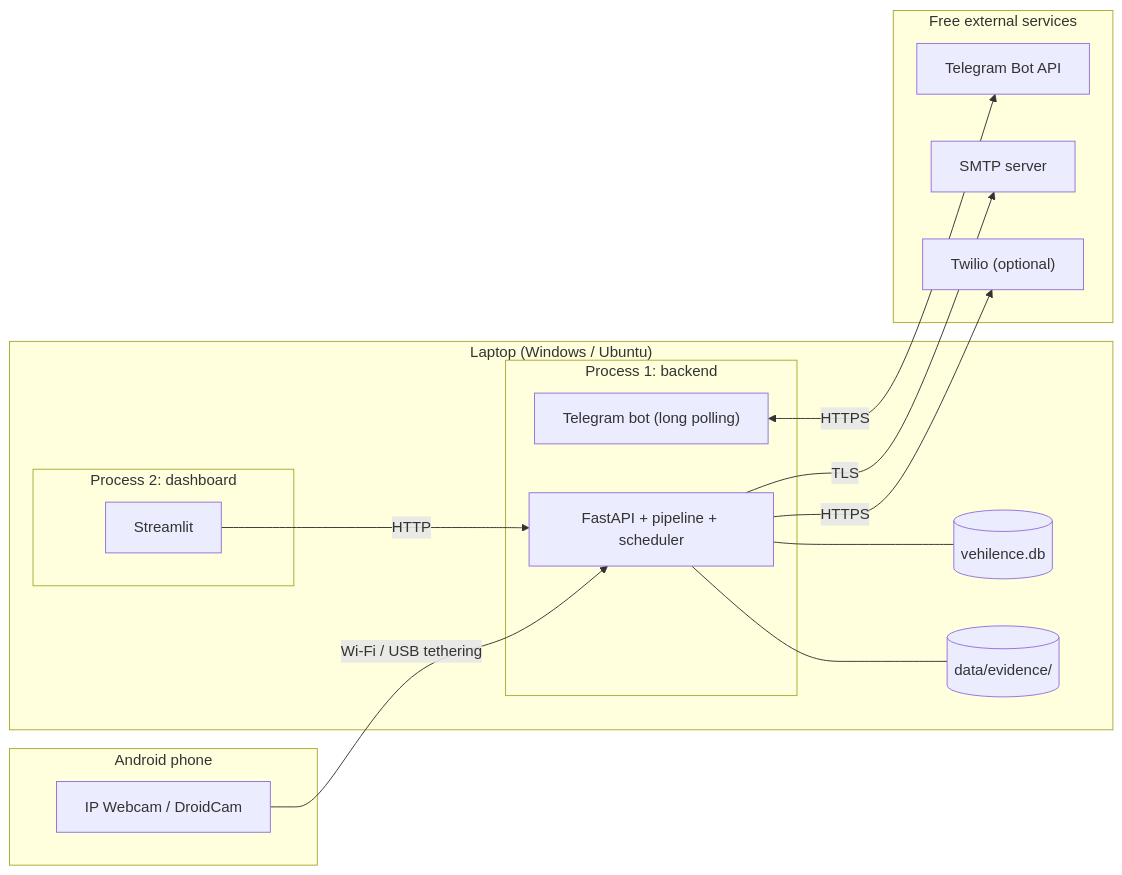
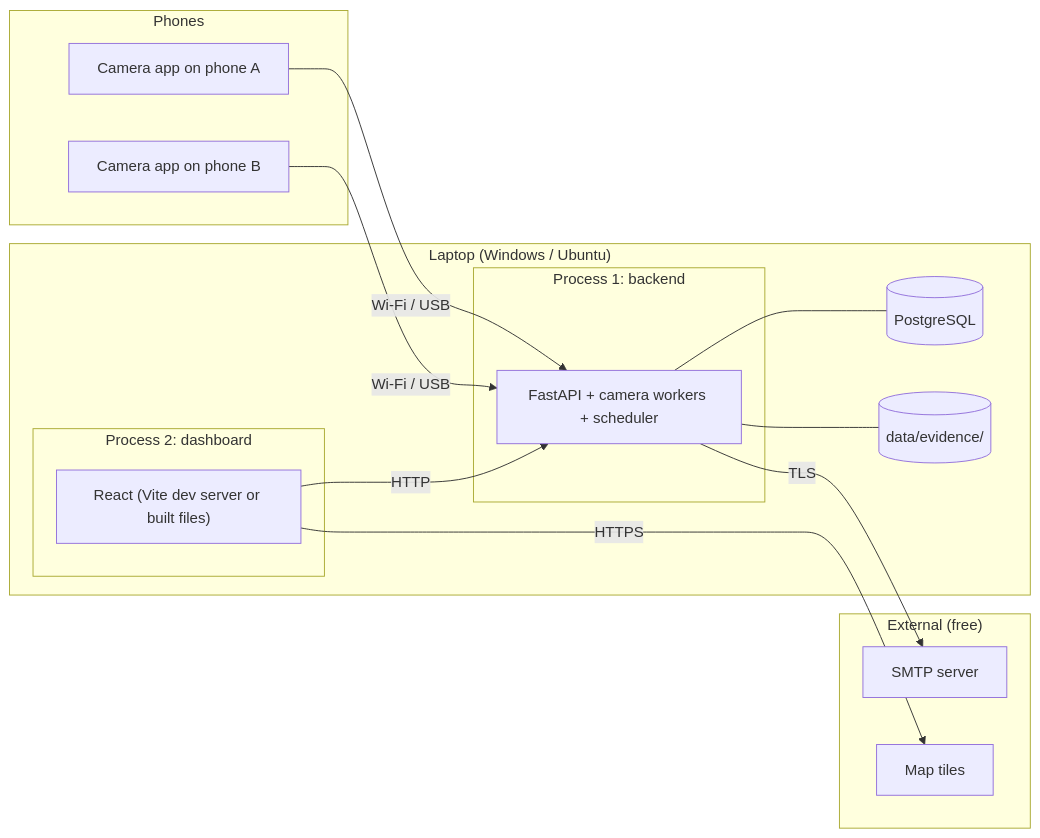
One commit to Vini07Dsouza/vehiGuard changed the ninth of 9 diagrams in docs/architecture.md. Above: the diagram before and after it, drawn with Mermaid. The commit also changed other lines of this file and 6 other files, not shown here.

````diff
--- a/docs/architecture.md
+++ b/docs/architecture.md
@@ -574,30 +556,29 @@
 ```mermaid
 flowchart LR
-  subgraph Phone["Android phone"]
-    CAM["IP Webcam / DroidCam"]
+  subgraph Phones["Phones"]
+    CAM1["Camera app on phone A"]
+    CAM2["Camera app on phone B"]
   end
   subgraph Laptop["Laptop (Windows / Ubuntu)"]
     subgraph Proc1["Process 1: backend"]
-      API["FastAPI + pipeline + scheduler"]
-      BOT["Telegram bot (long polling)"]
+      API["FastAPI + camera workers + scheduler"]
     end
     subgraph Proc2["Process 2: dashboard"]
-      ST["Streamlit"]
+      RD["React (Vite dev server or built files)"]
     end
-    DBF[("vehilence.db")]
+    PG[("PostgreSQL")]
     EVF[("data/evidence/")]
   end
-  subgraph Cloud["Free external services"]
-    TGAPI["Telegram Bot API"]
+  subgraph Ext["External (free)"]
     SMTP["SMTP server"]
-    TW["Twilio (optional)"]
+    TILES["Map tiles"]
   end
 
-  CAM -->|"Wi-Fi / USB tethering"| API
-  ST -->|"HTTP"| API
-  API --- DBF
+  CAM1 -->|"Wi-Fi / USB"| API
+  CAM2 -->|"Wi-Fi / USB"| API
+  RD -->|"HTTP"| API
+  API --- PG
   API --- EVF
-  BOT <-->|"HTTPS"| TGAPI
   API -->|"TLS"| SMTP
-  API -->|"HTTPS"| TW
+  RD -->|"HTTPS"| TILES
 ```
````
